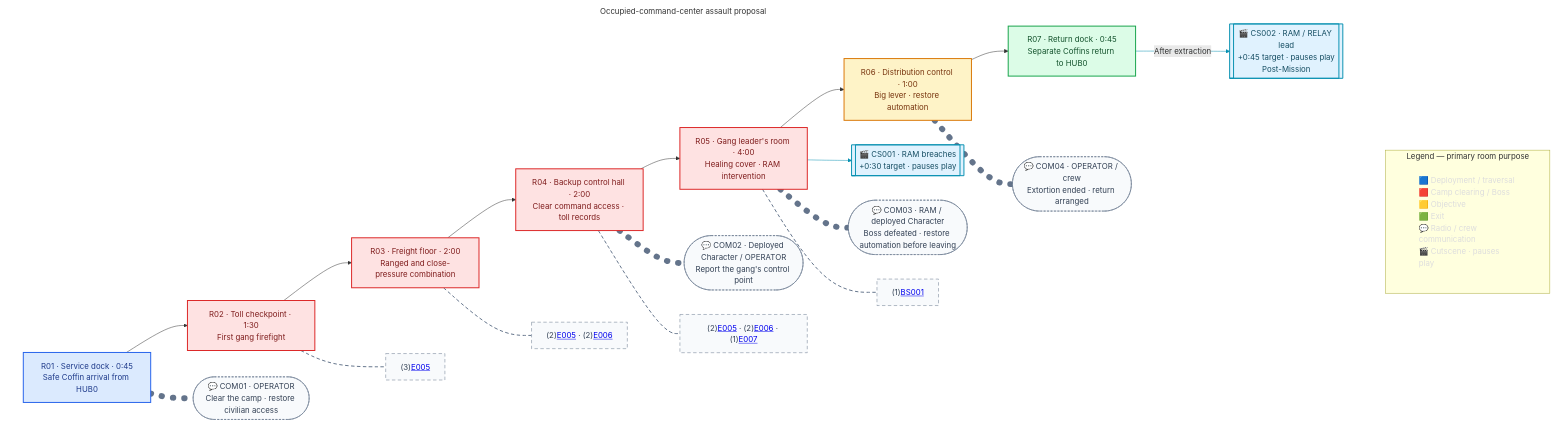
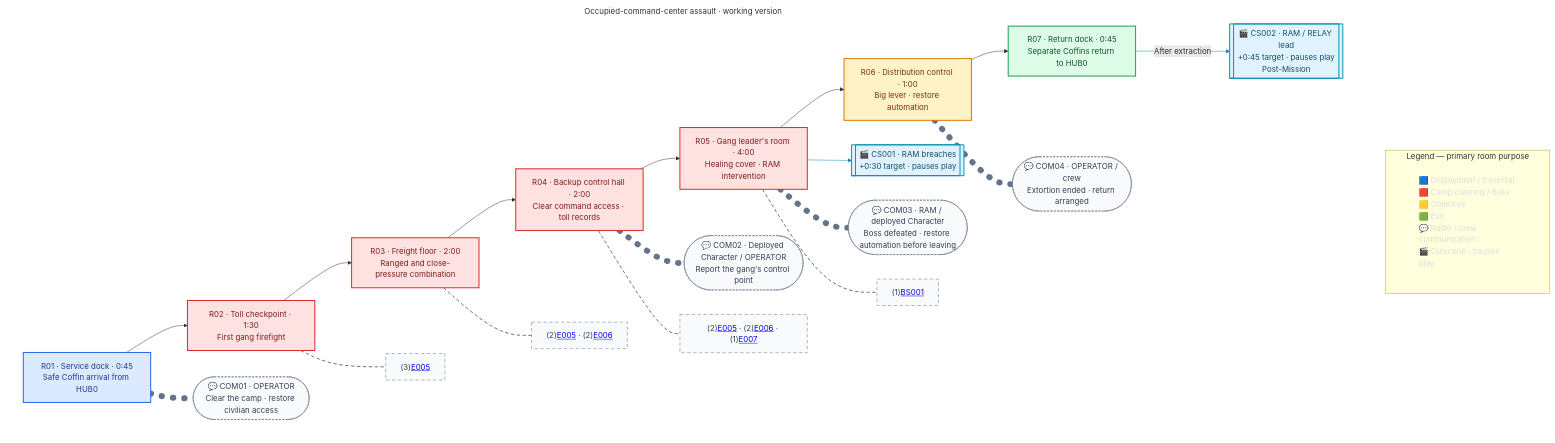
The diagram in missions/m03.md (justgook/imprint-zero), drawn with Mermaid before and after one commit. The commit also changed other lines of this file and 51 other files, not shown here.

Commit message:
📝(wiki): treat authored design as the current working version

````diff
--- a/missions/m03.md
+++ b/missions/m03.md
@@ -51,54 +51,54 @@
 ```mermaid
 flowchart TB
     subgraph Legend[Legend — primary room purpose]
         L["🟦 Deployment / traversal<br/>🟥 Camp clearing / Boss<br/>🟨 Objective<br/>🟩 Exit<br/>💬 Radio / crew communication<br/>🎬 Cutscene · pauses play"]
     end
 
-    subgraph Route[Occupied-command-center assault proposal]
+    subgraph Route[Occupied-command-center assault · working version]
         direction LR
         R01["R01 · Service dock · 0:45<br/>Safe Coffin arrival from HUB0"] --> R02["R02 · Toll checkpoint · 1:30<br/>First gang firefight"]
         R02 --> R03["R03 · Freight floor · 2:00<br/>Ranged and close-pressure combination"]
         R03 --> R04["R04 · Backup control hall · 2:00<br/>Clear command access · toll records"]
         R04 --> R05["R05 · Gang leader's room · 4:00<br/>Healing cover · RAM intervention"]
         R05 --> R06["R06 · Distribution control · 1:00<br/>Big lever · restore automation"]
         R06 --> R07["R07 · Return dock · 0:45<br/>Separate Coffins return to HUB0"]
 
         R05 --> CS001[["🎬 CS001 · RAM breaches<br/>+0:30 target · pauses play"]]
         R07 -->|After extraction| CS002[["🎬 CS002 · RAM / RELAY lead<br/>+0:45 target · pauses play<br/>Post-Mission"]]
 
         click CS001 href "#/cutscenes/cs001"
         click CS002 href "#/cutscenes/cs002"
 
         R01 -.- COM01(["💬 COM01 · OPERATOR<br/>Clear the camp · restore civilian access"])
         R04 -.- COM02(["💬 COM02 · Deployed Character / OPERATOR<br/>Report the gang's control point"])
         R05 -.- COM03(["💬 COM03 · RAM / deployed Character<br/>Boss defeated · restore automation before leaving"])
         R06 -.- COM04(["💬 COM04 · OPERATOR / crew<br/>Extortion ended · return arranged"])
 
         R02 -.- C02["(3)<a href='#/enemies/e005'>E005</a>"]
         R03 -.- C03["(2)<a href='#/enemies/e005'>E005</a> · (2)<a href='#/enemies/e006'>E006</a>"]
         R04 -.- C04["(2)<a href='#/enemies/e005'>E005</a> · (2)<a href='#/enemies/e006'>E006</a> · (1)<a href='#/enemies/e007'>E007</a>"]
         R05 -.- C05["(1)<a href='#/bosses/bs001'>BS001</a>"]
     end
 
     classDef deployment fill:#dbeafe,stroke:#2563eb,color:#1e3a8a,stroke-width:2px;
     classDef combat fill:#fee2e2,stroke:#dc2626,color:#7f1d1d,stroke-width:2px;
     classDef objective fill:#fef3c7,stroke:#d97706,color:#78350f,stroke-width:2px;
     classDef exit fill:#dcfce7,stroke:#16a34a,color:#14532d,stroke-width:2px;
     classDef communication fill:#f8fafc,stroke:#64748b,color:#334155,stroke-width:1px,stroke-dasharray:4 3;
     classDef cutscene fill:#e0f2fe,stroke:#0891b2,color:#164e63,stroke-width:2px;
     classDef roomContent fill:#f8fafc,stroke:#64748b,color:#334155,stroke-width:1px,stroke-dasharray:7 5;
     classDef legend fill:none,stroke:none,color:#ddd,text-align:left;
 
     class R01 deployment;
     class R02,R03,R04,R05 combat;
     class R06 objective;
     class R07 exit;
     class COM01,COM02,COM03,COM04 communication;
     class C02,C03,C04,C05 roomContent;
     class CS001,CS002 cutscene;
     class L legend;
     linkStyle 6,7 stroke:#0891b2,stroke-width:1px;
     linkStyle 8,9,10,11 stroke:#64748b,stroke-width:12px,stroke-dasharray:1 22,stroke-linecap:round;
     linkStyle 12,13,14,15 stroke:#64748b,stroke-width:2px,stroke-dasharray:7 5;
     style Route fill:none,stroke:none;
 ```
````
